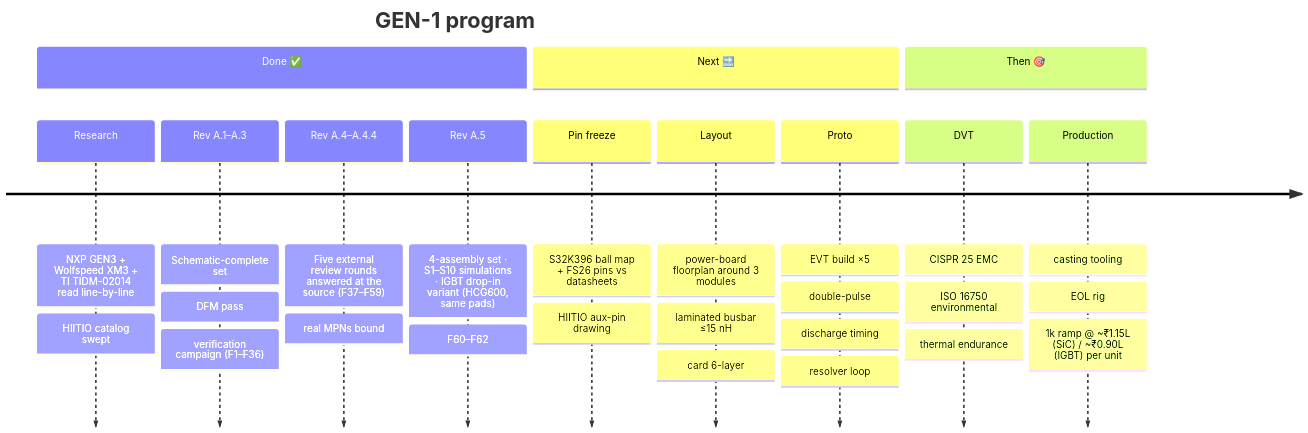
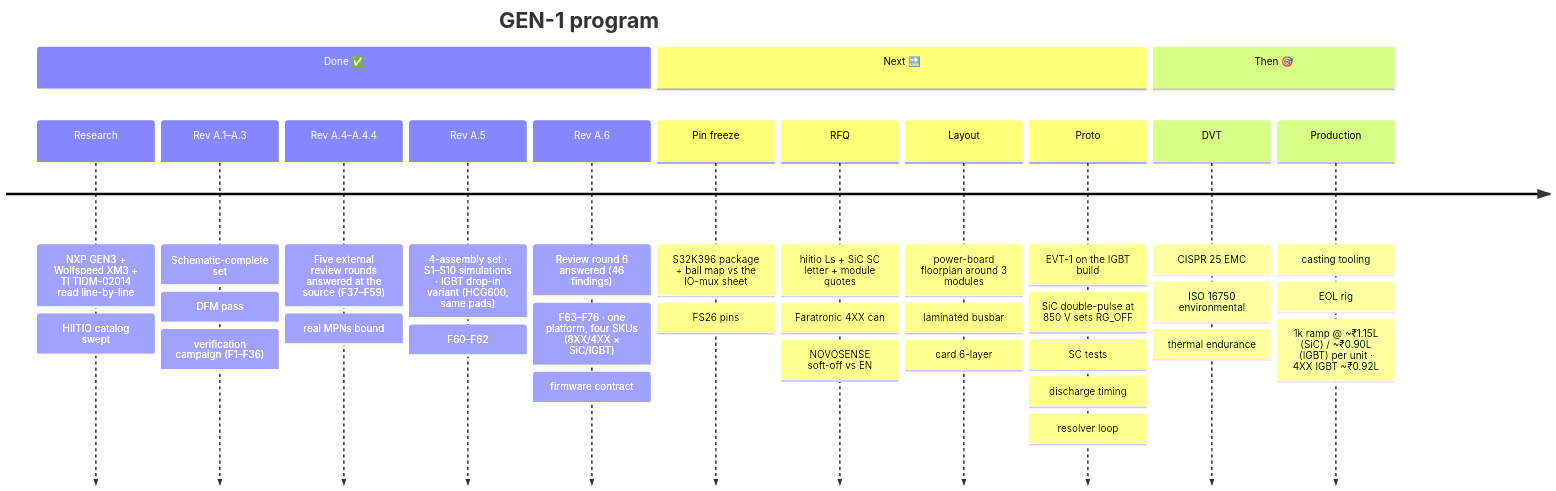
Before and after one commit to vectivolt/Traction-Inverter-GEN-1: the ninth of 9 diagrams in README.md, drawn with Mermaid. The commit also changed other lines of this file and 63 other files, not shown here.

````diff
--- a/README.md
+++ b/README.md
@@ -595,16 +609,18 @@
 ```mermaid
 timeline
     title GEN-1 program
     section Done ✅
         Research : NXP GEN3 + Wolfspeed XM3 + TI TIDM-02014 read line-by-line : HIITIO catalog swept
         Rev A.1–A.3 : Schematic-complete set : DFM pass : verification campaign (F1–F36)
         Rev A.4–A.4.4 : Five external review rounds answered at the source (F37–F59) : real MPNs bound
         Rev A.5 : 4-assembly set · S1–S10 simulations · IGBT drop-in variant (HCG600, same pads) : F60–F62
+        Rev A.6 : Review round 6 answered (46 findings) : F63–F76 · one platform, four SKUs (8XX/4XX × SiC/IGBT) : firmware contract
     section Next 🔜
-        Pin freeze : S32K396 ball map + FS26 pins vs datasheets : HIITIO aux-pin drawing
-        Layout : power-board floorplan around 3 modules : laminated busbar ≤15 nH : card 6-layer
-        Proto : EVT build ×5 : double-pulse : discharge timing : resolver loop
+        Pin freeze : S32K396 package + ball map vs the IO-mux sheet : FS26 pins
+        RFQ : hiitio Ls + SiC SC letter + module quotes : Faratronic 4XX can : NOVOSENSE soft-off vs EN
+        Layout : power-board floorplan around 3 modules : laminated busbar : card 6-layer
+        Proto : EVT-1 on the IGBT build : SiC double-pulse at 850 V sets RG_OFF : SC tests : discharge timing : resolver loop
     section Then 🎯
         DVT : CISPR 25 EMC : ISO 16750 environmental : thermal endurance
-        Production : casting tooling : EOL rig : 1k ramp @ ~₹1.15L (SiC) / ~₹0.90L (IGBT) per unit
+        Production : casting tooling : EOL rig : 1k ramp @ ~₹1.15L (SiC) / ~₹0.90L (IGBT) per unit · 4XX IGBT ~₹0.92L
 ```
````
